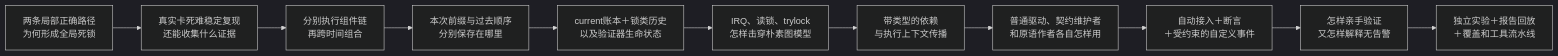
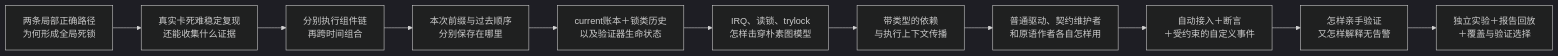
Before and after one commit to FormingSystem/linux_note: the diagram in knowledge/linux/synchronization_and_asynchrony/synchronization/lockdep/大纲.md, drawn with Mermaid (dark theme). The commit also changed other lines of this file and 2 other files, not shown here.

Commit message:
content(linux/lockdep): 从修复后的回归问题推导验证方法
- 沿同一设备解释路径覆盖、数据竞争、对象寿命与性能证据，比较表置于机制解释之后
- 补齐实验完整模块及逐步命令说明，保留卸载错误和检查关闭边界
- 完成固定源码对照、图示渲染及文档链接检查，未执行目标内核告警实验

````diff
--- a/knowledge/linux/synchronization_and_asynchrony/synchronization/lockdep/大纲.md
+++ b/knowledge/linux/synchronization_and_asynchrony/synchronization/lockdep/大纲.md
@@ -60,13 +60,13 @@
 ```mermaid
 flowchart LR
     Q1["两条局部正确路径<br/>为何形成全局死锁"] --> Q2["真实卡死难稳定复现<br/>还能收集什么证据"]
     Q2 --> M1["分别执行组件链<br/>再跨时间组合"]
     M1 --> Q3["本次前缀与过去顺序<br/>分别保存在哪里"]
     Q3 --> M2["current账本＋锁类历史<br/>以及验证器生命状态"]
     M2 --> Q4["IRQ、读锁、trylock<br/>怎样击穿朴素图模型"]
     Q4 --> M3["带类型的依赖<br/>与执行上下文传播"]
     M3 --> Q5["普通驱动、契约维护者<br/>和原语作者各自怎样用"]
     Q5 --> M4["自动接入＋断言<br/>＋受约束的自定义事件"]
     M4 --> Q6["怎样亲手验证<br/>又怎样解释无告警"]
-    Q6 --> M5["独立实验＋报告回放<br/>＋覆盖和工具流水线"]
+    Q6 --> M5["独立实验＋报告回放<br/>＋覆盖与验证选择"]
 ```
````
